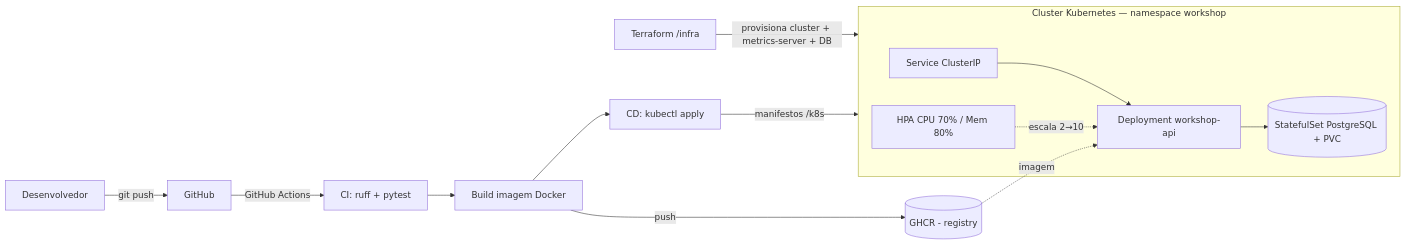
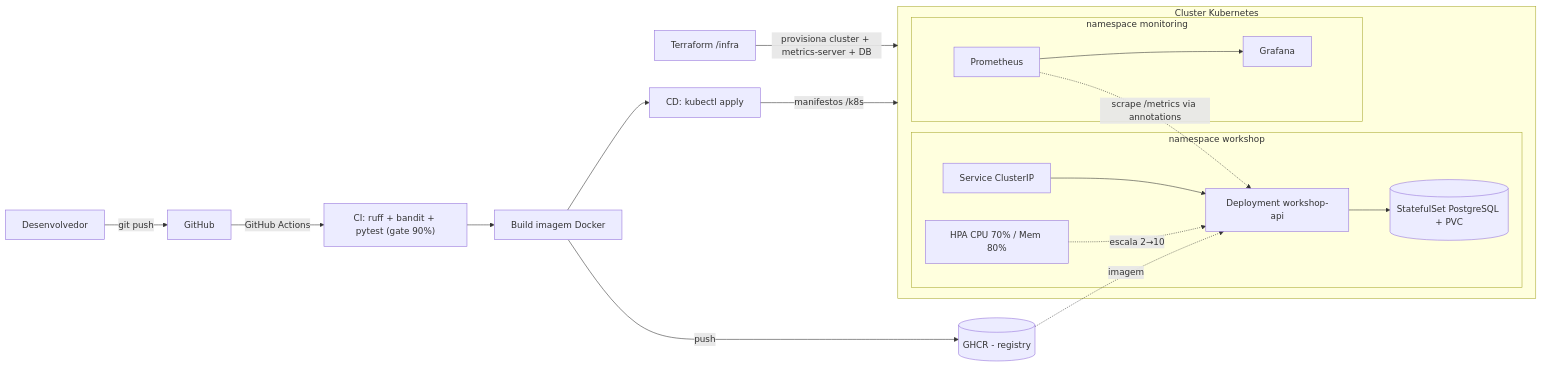
One commit to Figueiraa/workshop-management-api changed the second of 3 diagrams in README.md. Above: the diagram before and after it, drawn with Mermaid. The commit also changed other lines of this file and 1 other file, not shown here.

First line of the commit message:
docs: document tests, monitoring and notifications

````diff
--- a/README.md
+++ b/README.md
@@ -76,18 +116,24 @@
 ```mermaid
 flowchart LR
     dev[Desenvolvedor] -->|git push| gh[GitHub]
-    gh -->|GitHub Actions| ci[CI: ruff + pytest]
+    gh -->|GitHub Actions| ci["CI: ruff + bandit + pytest (gate 90%)"]
     ci --> build[Build imagem Docker]
     build -->|push| ghcr[(GHCR - registry)]
     build --> cd[CD: kubectl apply]
     tf[Terraform /infra] -->|provisiona cluster + metrics-server + DB| cluster
 
-    subgraph cluster["Cluster Kubernetes — namespace workshop"]
-        svc[Service ClusterIP] --> api[Deployment workshop-api]
-        hpa[HPA CPU 70% / Mem 80%] -. escala 2→10 .-> api
-        api --> pg[(StatefulSet PostgreSQL + PVC)]
+    subgraph cluster["Cluster Kubernetes"]
+        subgraph ns1["namespace workshop"]
+            svc[Service ClusterIP] --> api[Deployment workshop-api]
+            hpa[HPA CPU 70% / Mem 80%] -. escala 2→10 .-> api
+            api --> pg[(StatefulSet PostgreSQL + PVC)]
+        end
+        subgraph ns2["namespace monitoring"]
+            prom[Prometheus] --> graf[Grafana]
+        end
+        prom -. scrape /metrics via annotations .-> api
     end
 
     cd -->|manifestos /k8s| cluster
     ghcr -.imagem.-> api
 ```
````
